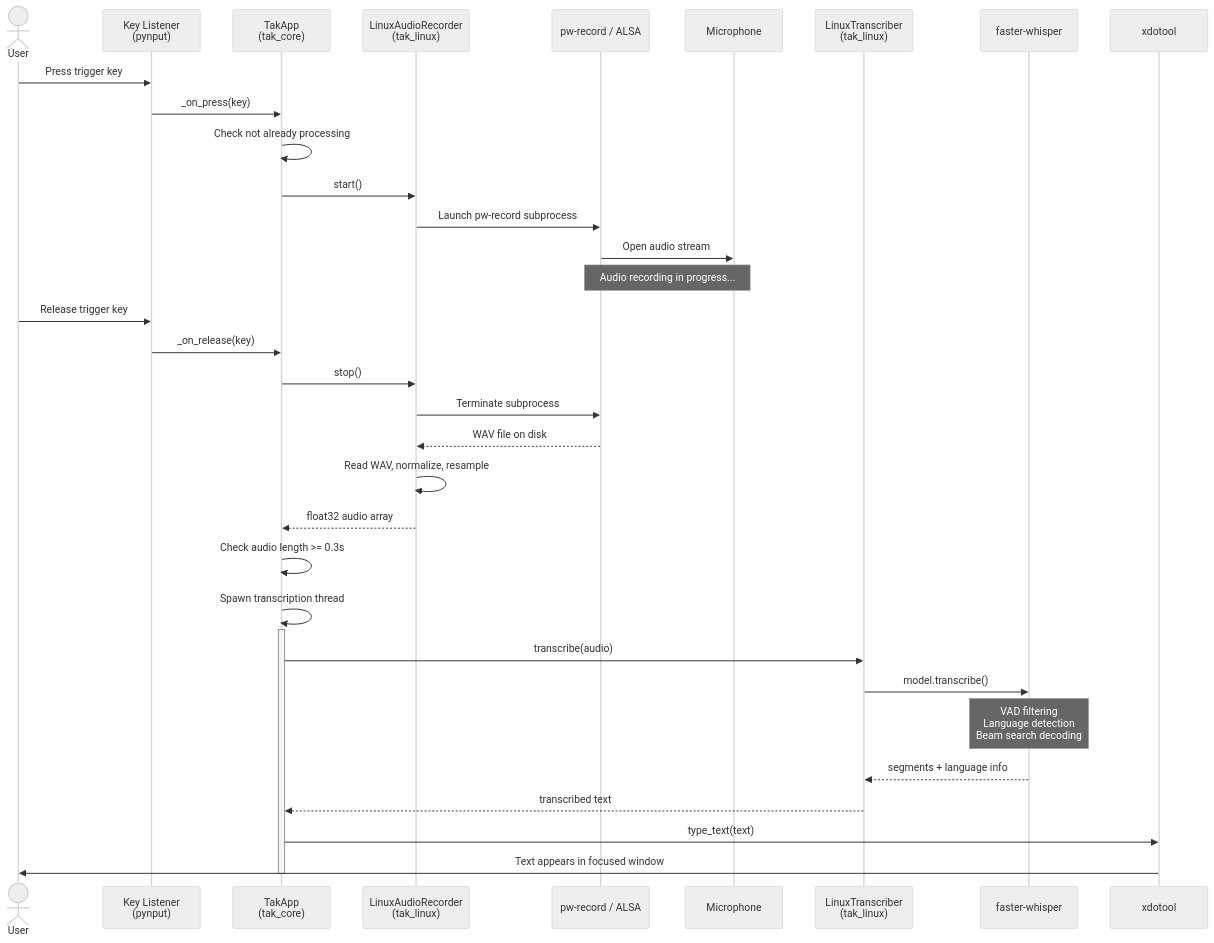
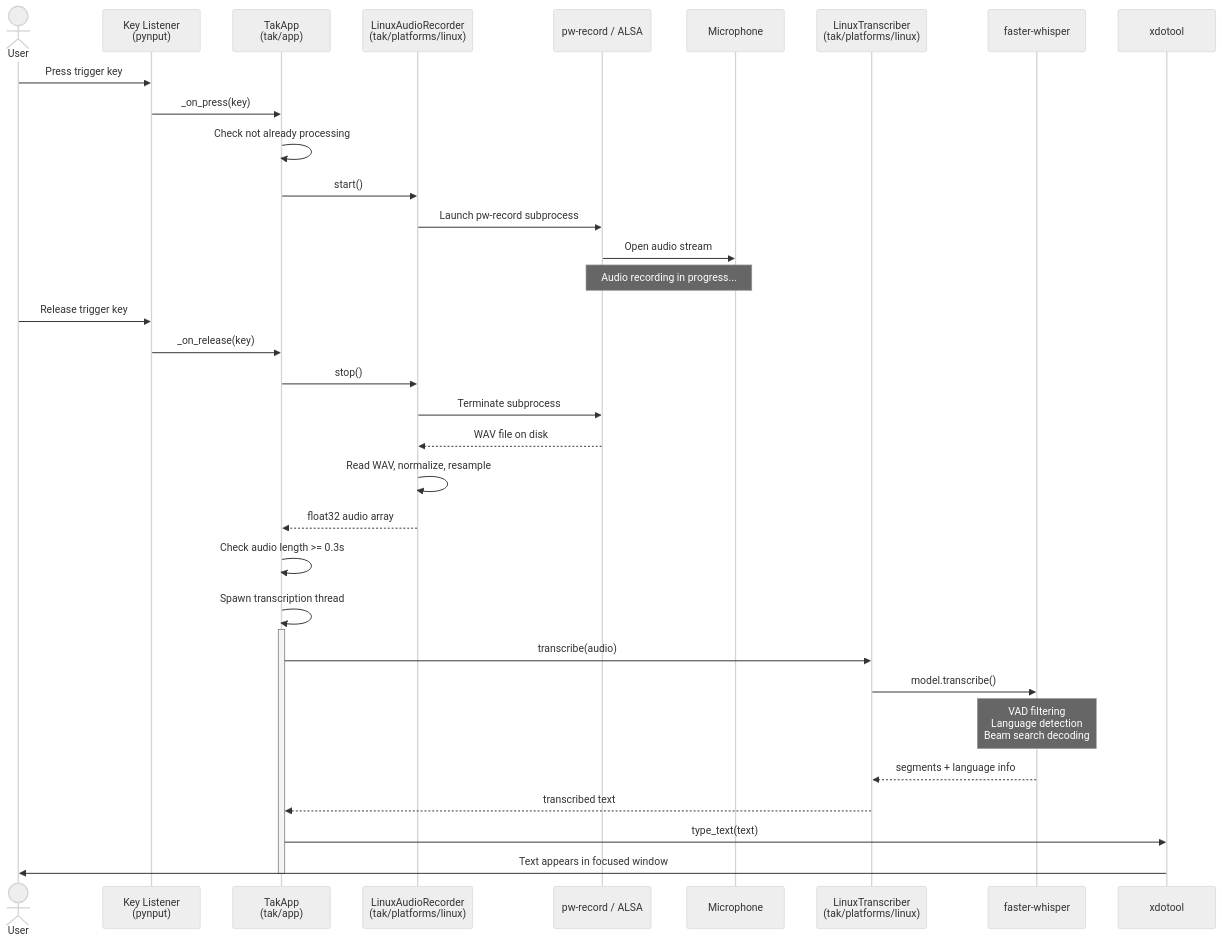
One commit to lchonkan/tak changed the fifth of 9 diagrams in docs/architecture.md. Above: the diagram before and after it, drawn with Mermaid (neutral theme). The commit also changed other lines of this file and 12 other files, not shown here.

````diff
--- a/docs/architecture.md
+++ b/docs/architecture.md
@@ -234,43 +234,43 @@
 ```mermaid
 sequenceDiagram
     actor User
     participant KL as Key Listener<br/>(pynput)
-    participant App as TakApp<br/>(tak_core)
-    participant Rec as LinuxAudioRecorder<br/>(tak_linux)
+    participant App as TakApp<br/>(tak/app)
+    participant Rec as LinuxAudioRecorder<br/>(tak/platforms/linux)
     participant PW as pw-record / ALSA
     participant Mic as Microphone
-    participant Trans as LinuxTranscriber<br/>(tak_linux)
+    participant Trans as LinuxTranscriber<br/>(tak/platforms/linux)
     participant Whisper as faster-whisper
     participant XDO as xdotool
 
     User->>KL: Press trigger key
     KL->>App: _on_press(key)
     App->>App: Check not already processing
     App->>Rec: start()
     Rec->>PW: Launch pw-record subprocess
     PW->>Mic: Open audio stream
 
     Note over Mic,PW: Audio recording in progress...
 
     User->>KL: Release trigger key
     KL->>App: _on_release(key)
     App->>Rec: stop()
     Rec->>PW: Terminate subprocess
     PW-->>Rec: WAV file on disk
     Rec->>Rec: Read WAV, normalize, resample
     Rec-->>App: float32 audio array
 
     App->>App: Check audio length >= 0.3s
 
     App->>App: Spawn transcription thread
     activate App
     App->>Trans: transcribe(audio)
     Trans->>Whisper: model.transcribe()
     Note over Whisper: VAD filtering<br/>Language detection<br/>Beam search decoding
     Whisper-->>Trans: segments + language info
     Trans-->>App: transcribed text
 
     App->>XDO: type_text(text)
     XDO->>User: Text appears in focused window
     deactivate App
 ```
````
